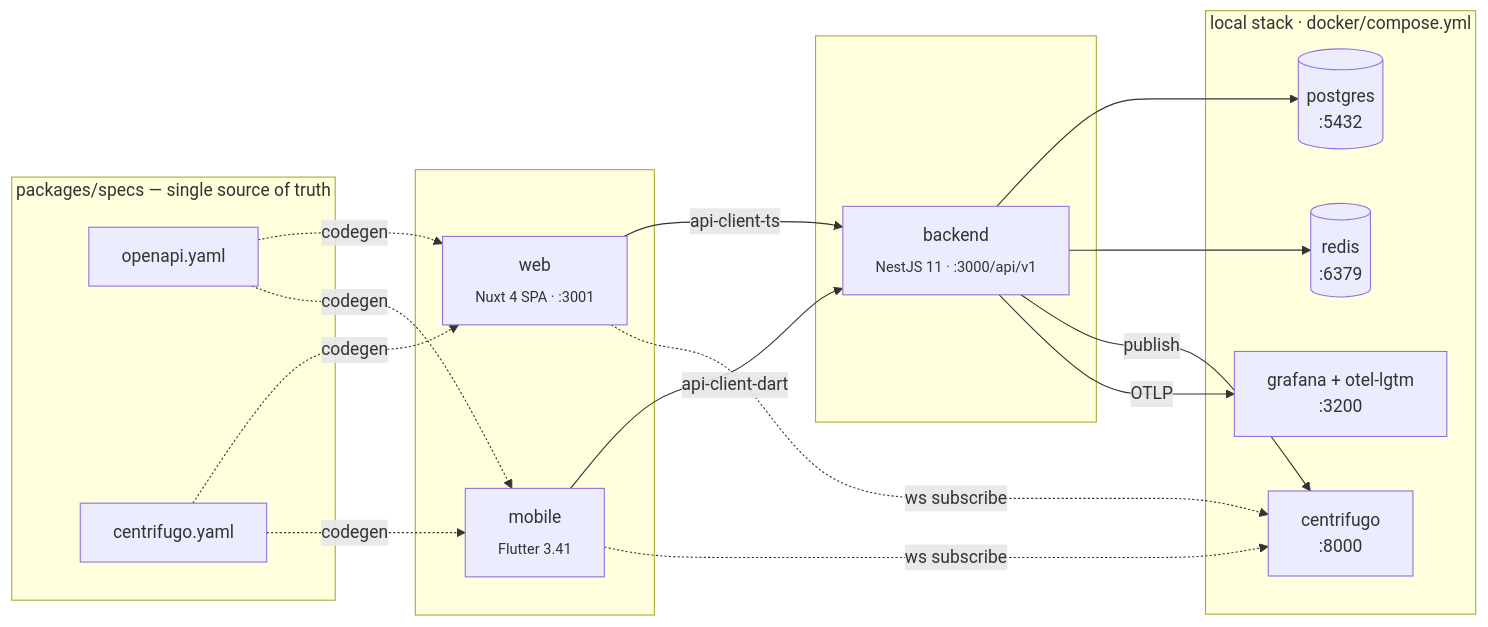
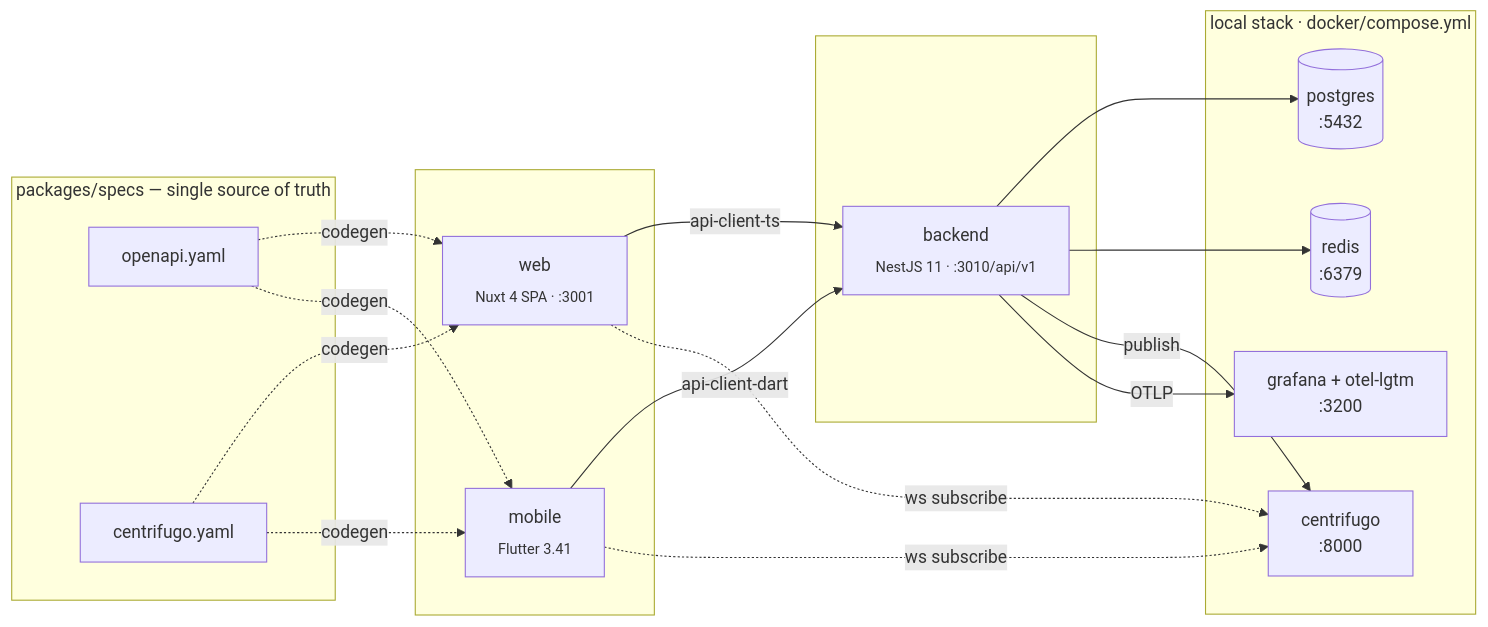
The diagram in README.md (kkucherenkov/coriolis_app), drawn with Mermaid before and after one commit. The commit also changed other lines of this file and 20 other files, not shown here.

````diff
--- a/README.md
+++ b/README.md
@@ -40,37 +40,37 @@
 ```mermaid
 flowchart LR
   subgraph clients[" "]
     web["web<br/><sub>Nuxt 4 SPA · :3001</sub>"]
     mobile["mobile<br/><sub>Flutter 3.41</sub>"]
   end
 
   subgraph backend_group[" "]
-    backend["backend<br/><sub>NestJS 11 · :3000/api/v1</sub>"]
+    backend["backend<br/><sub>NestJS 11 · :3010/api/v1</sub>"]
   end
 
   subgraph infra["local stack · docker/compose.yml"]
     postgres[("postgres<br/>:5432")]
     redis[("redis<br/>:6379")]
     centrifugo["centrifugo<br/>:8000"]
     otel["grafana + otel-lgtm<br/>:3200"]
   end
 
   subgraph contracts["packages/specs — single source of truth"]
     openapi["openapi.yaml"]
     asyncapi["centrifugo.yaml"]
   end
 
   web -->|"api-client-ts"| backend
   mobile -->|"api-client-dart"| backend
   web -.->|"ws subscribe"| centrifugo
   mobile -.->|"ws subscribe"| centrifugo
   backend --> postgres
   backend --> redis
   backend -->|"publish"| centrifugo
   backend -->|"OTLP"| otel
 
   openapi -. "codegen" .-> web
   openapi -. "codegen" .-> mobile
   asyncapi -. "codegen" .-> web
   asyncapi -. "codegen" .-> mobile
 ```
````
